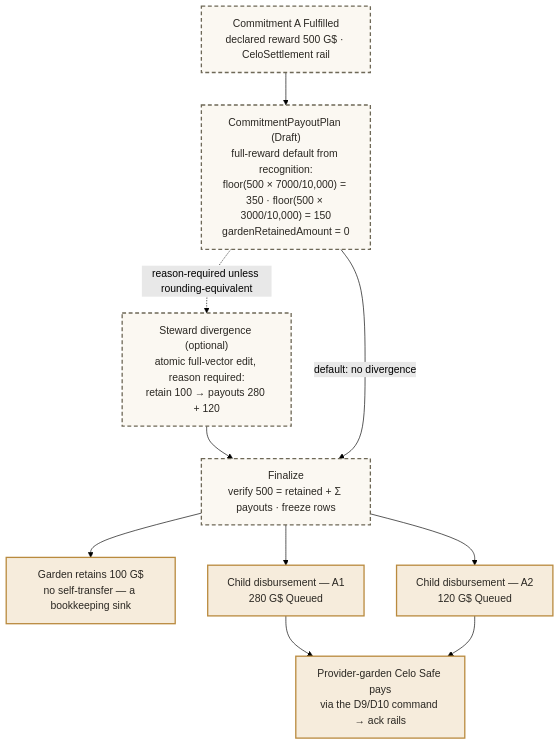
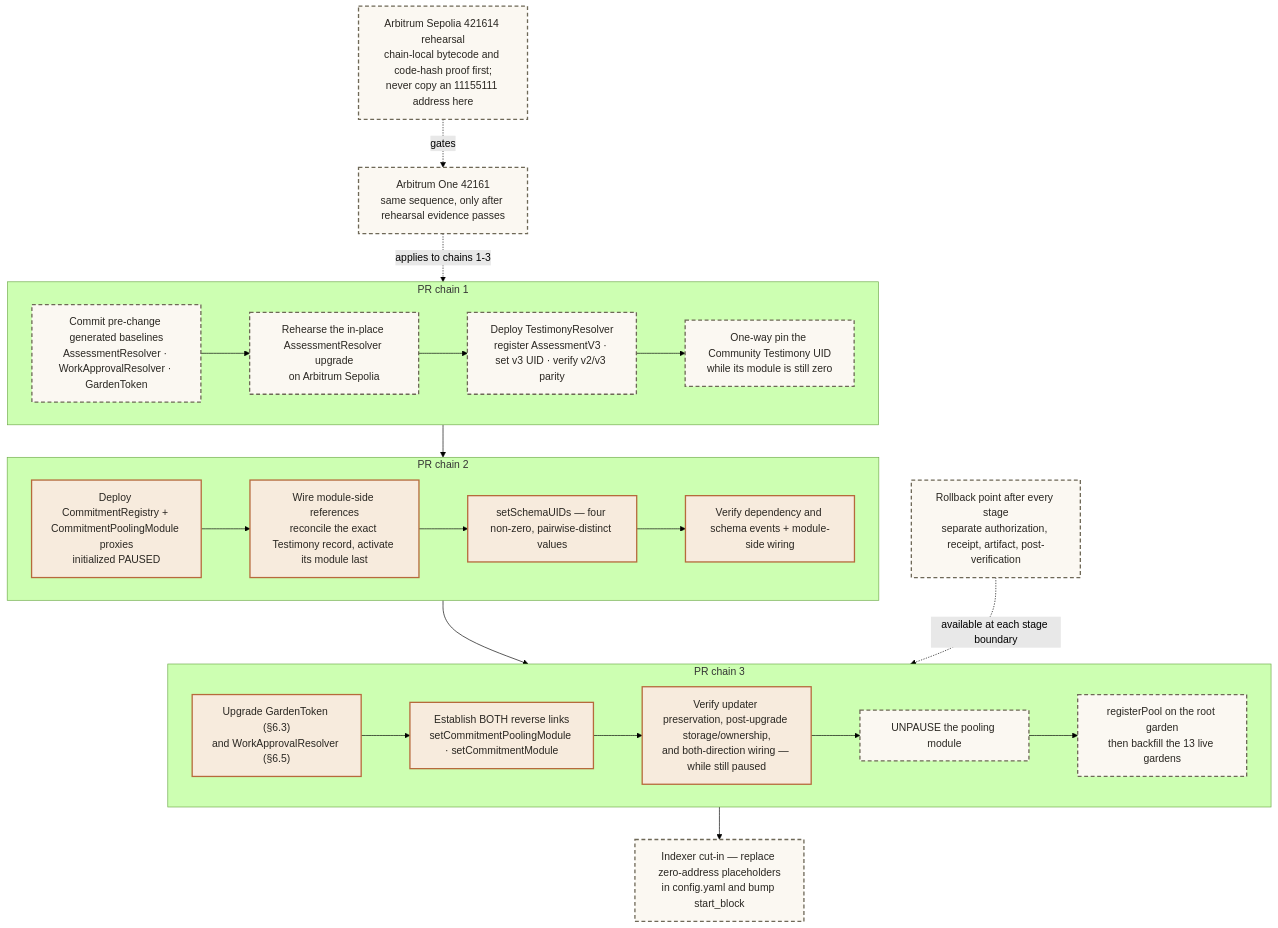
Before and after one commit to greenpill-dev-guild/green-goods: diagram 38 of 38 in .plans/active/commitment-pooling/diagrams.md, drawn with Mermaid (forest theme). The commit also changed other lines of this file and 8 other files, not shown here.

````diff
--- a/.plans/active/commitment-pooling/diagrams.md
+++ b/.plans/active/commitment-pooling/diagrams.md
@@ -1875,26 +2043,44 @@
 ```mermaid
 flowchart TB
-  FUL["Commitment A Fulfilled<br/>declared reward 500 G$ · CeloSettlement rail"]
-  PLAN["CommitmentPayoutPlan (Draft)<br/>full-reward default from recognition:<br/>floor(500 × 7000/10,000) = 350 · floor(500 × 3000/10,000) = 150<br/>gardenRetainedAmount = 0"]
-  EDIT["Steward divergence (optional)<br/>atomic full-vector edit, reason required:<br/>retain 100 → payouts 280 + 120"]
-  FIN["Finalize<br/>verify 500 = retained + Σ payouts · freeze rows"]
-  KEEP["Garden retains 100 G$<br/>no self-transfer — a bookkeeping sink"]
-  D1C["Child disbursement — A1<br/>280 G$ Queued"]
-  D2C["Child disbursement — A2<br/>120 G$ Queued"]
-  SAFE["Provider-garden Celo Safe pays<br/>via the D9/D10 command → ack rails"]
+  subgraph C1["PR chain 1"]
+    A1["Commit pre-change generated baselines<br/>AssessmentResolver · WorkApprovalResolver · GardenToken"]
+    A2["Rehearse the in-place AssessmentResolver upgrade<br/>on Arbitrum Sepolia"]
+    A3["Deploy TestimonyResolver<br/>register AssessmentV3 · set v3 UID · verify v2/v3 parity"]
+    A4["One-way pin the Community Testimony UID<br/>while its module is still zero"]
+    A1 --> A2 --> A3 --> A4
+  end
 
-  FUL --> PLAN
-  PLAN -.->|"reason-required unless rounding-equivalent"| EDIT
-  EDIT --> FIN
-  PLAN -->|"default: no divergence"| FIN
-  FIN --> KEEP
-  FIN --> D1C
-  FIN --> D2C
-  D1C --> SAFE
-  D2C --> SAFE
+  subgraph C2["PR chain 2"]
+    B1["Deploy CommitmentRegistry + CommitmentPoolingModule proxies<br/>initialized PAUSED"]
+    B2["Wire module-side references<br/>reconcile the exact Testimony record, activate its module last"]
+    B3["setSchemaUIDs — four non-zero, pairwise-distinct values"]
+    B4["Verify dependency and schema events + module-side wiring"]
+    B1 --> B2 --> B3 --> B4
+  end
+
+  subgraph C3["PR chain 3"]
+    D1["Upgrade GardenToken (§6.3)<br/>and WorkApprovalResolver (§6.5)"]
+    D5["Establish BOTH reverse links<br/>setCommitmentPoolingModule · setCommitmentModule"]
+    D6["Verify updater preservation, post-upgrade storage/ownership,<br/>and both-direction wiring — while still paused"]
+    D8["UNPAUSE the pooling module"]
+    D9["registerPool on the root garden<br/>then backfill the 13 live gardens"]
+    D1 --> D5 --> D6 --> D8 --> D9
+  end
+
+  C4["Indexer cut-in — replace zero-address placeholders<br/>in config.yaml and bump start_block"]
+
+  REHEARSE["Arbitrum Sepolia 421614 rehearsal<br/>chain-local bytecode and code-hash proof first;<br/>never copy an 11155111 address here"]
+  MAINNET["Arbitrum One 42161<br/>same sequence, only after rehearsal evidence passes"]
+  ROLLBACK["Rollback point after every stage<br/>separate authorization, receipt, artifact, post-verification"]
+
+  C1 --> C2 --> C3 --> C4
+  REHEARSE -.->|"gates"| MAINNET
+  MAINNET -.->|"applies to chains 1-3"| C1
+  ROLLBACK -.->|"available at each stage boundary"| C3
 
   classDef planned fill:#fbf8f2,stroke:#6e6857,stroke-width:2px,stroke-dasharray:6 4,color:#2a2722
-  classDef value fill:#f6ecdc,stroke:#b98a3e,stroke-width:2px,color:#2a2722
-  class FUL,PLAN,EDIT,FIN planned
-  class KEEP,D1C,D2C,SAFE value
+  classDef paused fill:#f7ebdd,stroke:#b66a3c,stroke-width:2px,color:#2a2722
+  class A1,A2,A3,A4,C4,REHEARSE,MAINNET,ROLLBACK planned
+  class B1,B2,B3,B4,D1,D5,D6 paused
+  class D8,D9 planned
 ```
````
